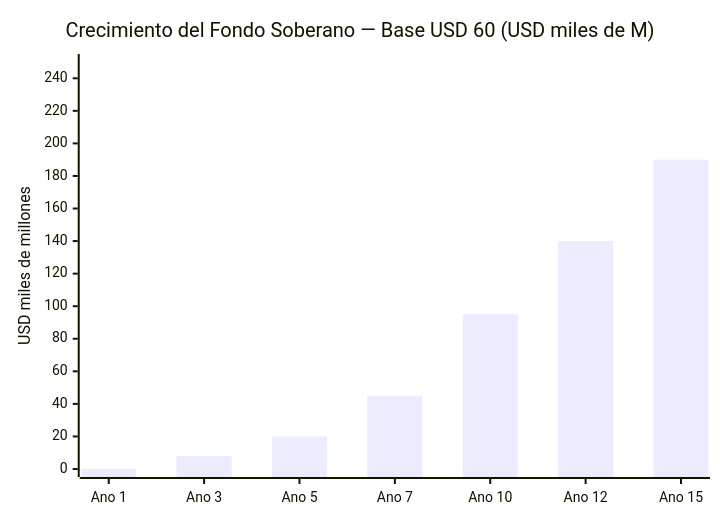
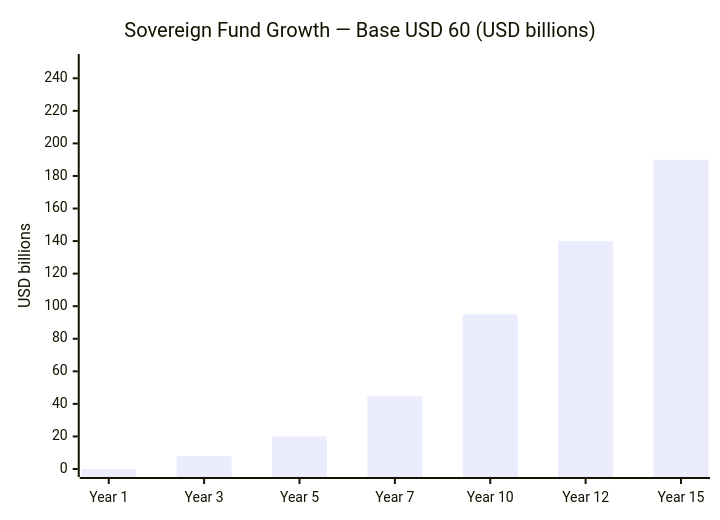
One commit to Venezuela-S-A/venezuela-sa changed the first of 5 diagrams in i18n/en/docusaurus-plugin-content-docs/current/02-motor-financiero/fondo-soberano.md. Above: the diagram before and after it, drawn with Mermaid. The commit also changed other lines of this file and 127 other files, not shown here.

````diff
--- a/i18n/en/docusaurus-plugin-content-docs/current/02-motor-financiero/fondo-soberano.md
+++ b/i18n/en/docusaurus-plugin-content-docs/current/02-motor-financiero/fondo-soberano.md
@@ -20,7 +20,7 @@
 ```mermaid
 xychart-beta
-    title "Crecimiento del Fondo Soberano — Base USD 60 (USD miles de M)"
-    x-axis ["Ano 1", "Ano 3", "Ano 5", "Ano 7", "Ano 10", "Ano 12", "Ano 15"]
-    y-axis "USD miles de millones" 0 --> 250
+    title "Sovereign Fund Growth — Base USD 60 (USD billions)"
+    x-axis ["Year 1", "Year 3", "Year 5", "Year 7", "Year 10", "Year 12", "Year 15"]
+    y-axis "USD billions" 0 --> 250
     bar [0, 8, 20, 45, 95, 140, 190]
 ```
````
